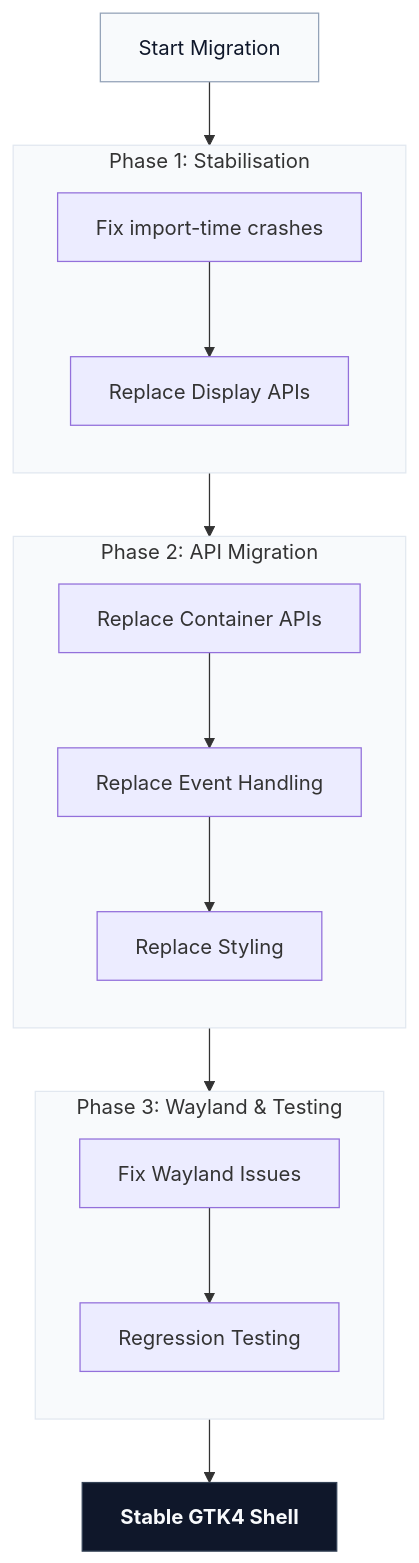
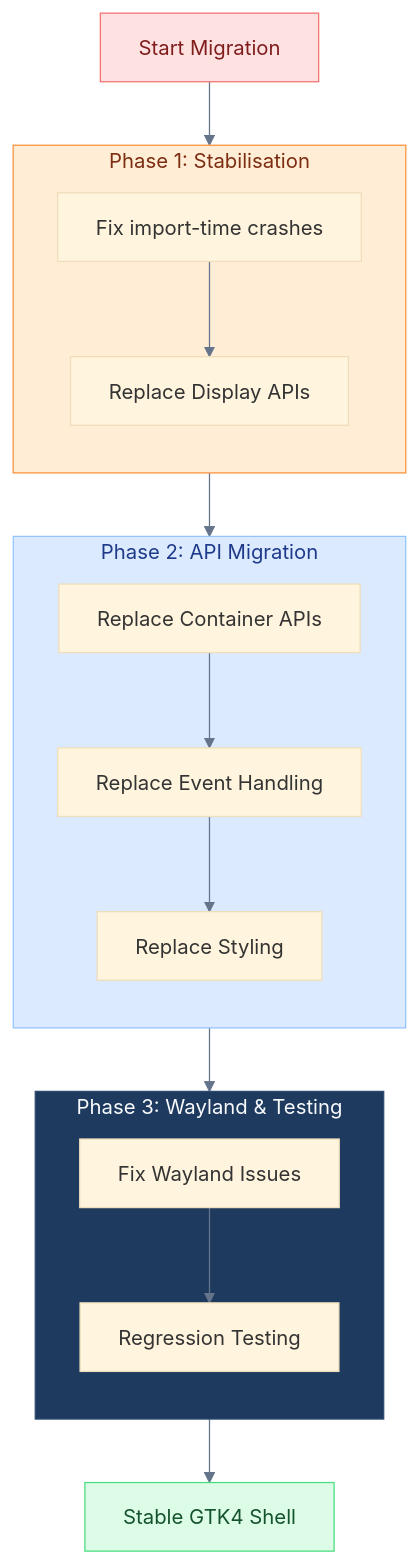
One commit to Dev10-sys/sugar-proposal-gtk changed the seventh of 13 diagrams in proposal.md. Above: the diagram before and after it, drawn with Mermaid. The commit also changed other lines of this file, not shown here.

Commit message:
docs: Upgrade all GSoC proposal diagrams to professional engineering standards with GTK4/Wayland focused architecture

````diff
--- a/proposal.md
+++ b/proposal.md
@@ -490,39 +553,40 @@
 ```mermaid
+%%{init: {'theme': 'base', 'themeVariables': {'lineColor': '#64748b'}, 'flowchart': {'curve': 'linear'}}}%%
 flowchart TD
     Start["Start Migration"]
 
     subgraph P1 ["Phase 1: Stabilisation"]
         direction TB
         A["Fix import-time crashes"]
         B["Replace Display APIs"]
         A --> B
     end
 
     subgraph P2 ["Phase 2: API Migration"]
         direction TB
         C["Replace Container APIs"]
         D["Replace Event Handling"]
         E["Replace Styling"]
         C --> D --> E
     end
 
     subgraph P3 ["Phase 3: Wayland & Testing"]
         direction TB
         F["Fix Wayland Issues"]
         G["Regression Testing"]
         F --> G
     end
 
     Done["Stable GTK4 Shell"]
 
     Start --> P1
     P1 --> P2
     P2 --> P3
     P3 --> Done
 
-    style Start fill:#f8fafc,stroke:#94a3b8,color:#0f172a
-    style Done fill:#0f172a,stroke:#334155,color:#f8fafc,font-weight:bold
-    style P1 fill:#f8fafc,stroke:#e2e8f0
-    style P2 fill:#f8fafc,stroke:#e2e8f0
-    style P3 fill:#f8fafc,stroke:#e2e8f0
+    style Start fill:#fee2e2,stroke:#f87171,color:#7f1d1d
+    style Done fill:#dcfce7,stroke:#4ade80,color:#14532d
+    style P1 fill:#ffedd5,stroke:#fb923c,color:#7c2d12
+    style P2 fill:#dbeafe,stroke:#93c5fd,color:#1e3a8a
+    style P3 fill:#1e3a5f,stroke:#2d4a6f,color:#f8fafc
 ```
````
